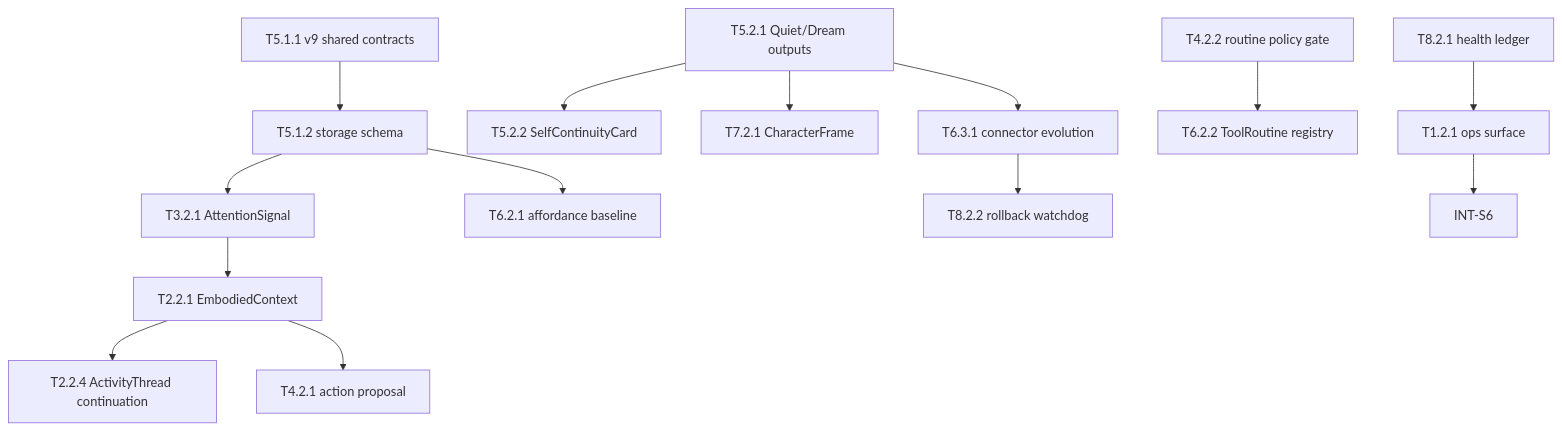
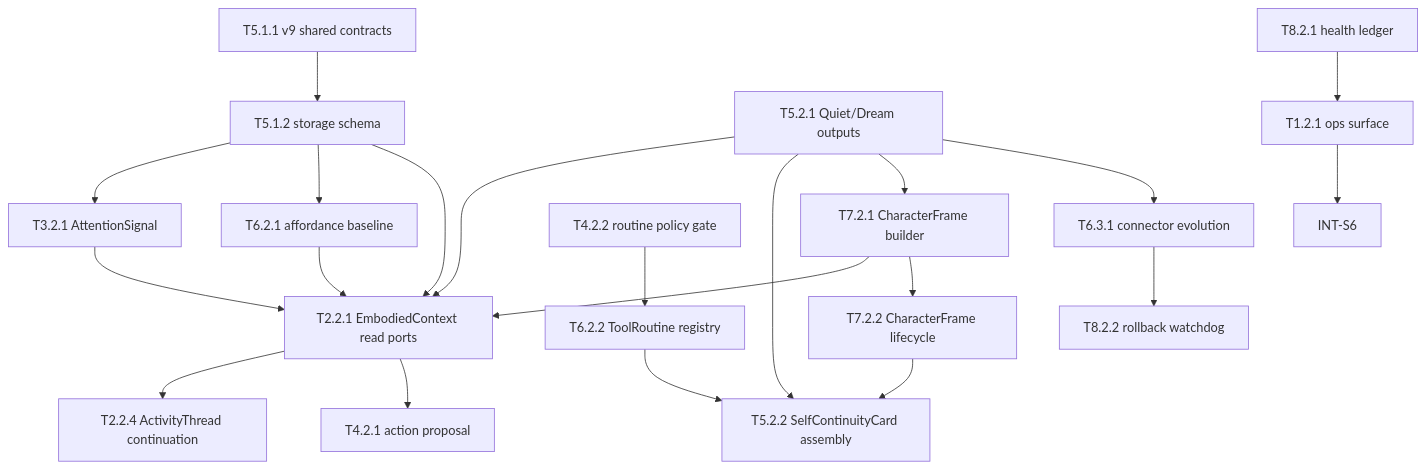
The diagram in .anws/v9/05A_TASKS.md (Haaaiawd/Second-Nature), drawn with Mermaid before and after one commit. The commit also changed other lines of this file and 1 other file, not shown here.

Commit message:
docs(tasks): break S2/S3 dependency cycle in 05A_TASKS.md

````diff
--- a/.anws/v9/05A_TASKS.md
+++ b/.anws/v9/05A_TASKS.md
@@ -22,16 +22,23 @@
 ```mermaid
 graph TD
     T5_1_1[T5.1.1 v9 shared contracts] --> T5_1_2[T5.1.2 storage schema]
     T5_1_2 --> T3_2_1[T3.2.1 AttentionSignal]
     T5_1_2 --> T6_2_1[T6.2.1 affordance baseline]
-    T3_2_1 --> T2_2_1[T2.2.1 EmbodiedContext]
+    T5_1_2 --> T2_2_1[T2.2.1 EmbodiedContext read ports]
+    T5_2_1[T5.2.1 Quiet/Dream outputs] --> T2_2_1
+    T5_2_1 --> T5_2_2[T5.2.2 SelfContinuityCard assembly]
+    T5_2_1 --> T7_2_1[T7.2.1 CharacterFrame builder]
+    T5_2_1 --> T6_3_1[T6.3.1 connector evolution]
+    T6_2_1 --> T2_2_1
+    T7_2_1 --> T2_2_1
+    T7_2_1 --> T7_2_2[T7.2.2 CharacterFrame lifecycle]
+    T3_2_1 --> T2_2_1
     T2_2_1 --> T2_2_4[T2.2.4 ActivityThread continuation]
     T2_2_1 --> T4_2_1[T4.2.1 action proposal]
-    T5_2_1[T5.2.1 Quiet/Dream outputs] --> T5_2_2[T5.2.2 SelfContinuityCard]
-    T5_2_1 --> T7_2_1[T7.2.1 CharacterFrame]
-    T5_2_1 --> T6_3_1[T6.3.1 connector evolution]
     T4_2_2[T4.2.2 routine policy gate] --> T6_2_2[T6.2.2 ToolRoutine registry]
+    T6_2_2 --> T5_2_2
+    T7_2_2 --> T5_2_2
     T6_3_1 --> T8_2_2[T8.2.2 rollback watchdog]
     T8_2_1[T8.2.1 health ledger] --> T1_2_1[T1.2.1 ops surface]
     T1_2_1 --> INT_S6[INT-S6]
 ```
````
